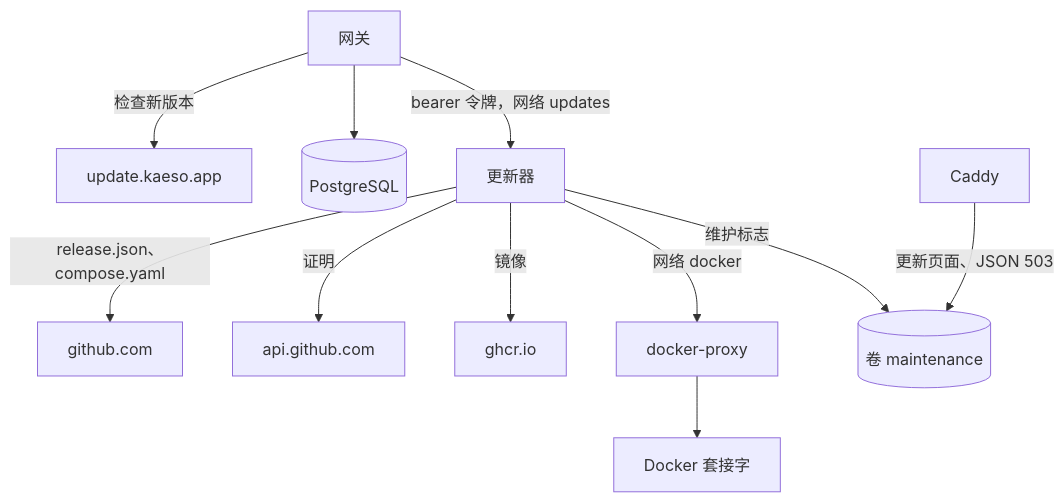
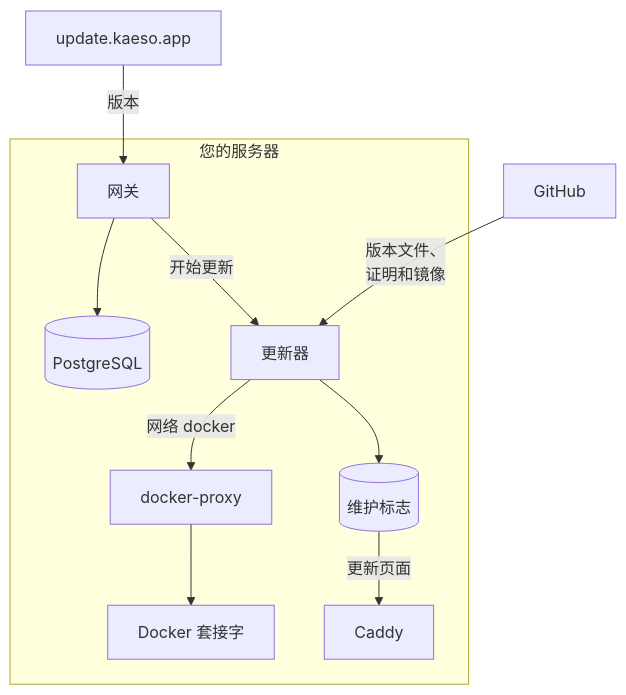
One commit to logicplanes/kaeso changed the diagram in apps/docs/content/zh-CN/development/architecture/updates.md. Above: the diagram before and after it, drawn with Mermaid. The commit also changed 89 other files, not shown here.

First line of the commit message:
Redraw the development pages' diagrams around what a contributor changes

````diff
--- a/apps/docs/content/zh-CN/development/architecture/updates.md
+++ b/apps/docs/content/zh-CN/development/architecture/updates.md
@@ -9,15 +9,23 @@
 ```mermaid
 flowchart TD
   accTitle: 实例如何得知新版本并完成更新
-  accDescr: 网关向 update.kaeso.app 查询新版本，把状态保存在 PostgreSQL 中，并通过内部网络 updates 用 bearer 令牌请求更新器。更新器从 github.com 获取 release.json 和 compose.yaml，从 api.github.com 获取证明，从 ghcr.io 获取镜像，只通过内部网络 docker 上的 docker-proxy 访问 Docker，并写入维护标志，Caddy 读取该标志来提供更新页面和 JSON 503。
-  gateway[网关] -- 检查新版本 --> releases[update.kaeso.app]
-  gateway --> postgres[(PostgreSQL)]
-  gateway -- bearer 令牌，网络 updates --> updater[更新器]
-  updater -- release.json、compose.yaml --> github[github.com]
-  updater -- 证明 --> api[api.github.com]
-  updater -- 镜像 --> ghcr[ghcr.io]
-  updater -- 网络 docker --> proxy[docker-proxy]
-  proxy --> socket[Docker 套接字]
-  updater -- 维护标志 --> maintenance[(卷 maintenance)]
-  caddy[Caddy] -- 更新页面、JSON 503 --> maintenance
+  accDescr: 网关从 update.kaeso.app 获取版本列表，把更新状态保存在 PostgreSQL 中，并通过内部网络 updates 用 bearer 令牌让更新器开始更新。更新器从 github.com 获取 release.json 和 compose.yaml，从 api.github.com 获取证明，从 ghcr.io 获取镜像。它只通过内部网络 docker 上的 docker-proxy 访问 Docker 套接字，并写入维护标志，Caddy 读取该标志来提供更新页面和 JSON 503。
+  feed[update.kaeso.app]:::outside
+  github[GitHub]:::outside
+  subgraph server [您的服务器]
+    gateway[网关]:::accent
+    postgres[(PostgreSQL)]
+    updater[更新器]
+    proxy[docker-proxy]
+    socket[Docker 套接字]
+    flag[(维护标志)]
+    caddy[Caddy]
+  end
+  feed -- 版本 --> gateway
+  gateway --> postgres
+  gateway -- 开始更新 --> updater
+  github -- 版本文件、<br>证明和镜像 --> updater
+  updater -- 网络 docker --> proxy --> socket
+  updater --> flag
+  flag -- 更新页面 --> caddy
 ```
````
